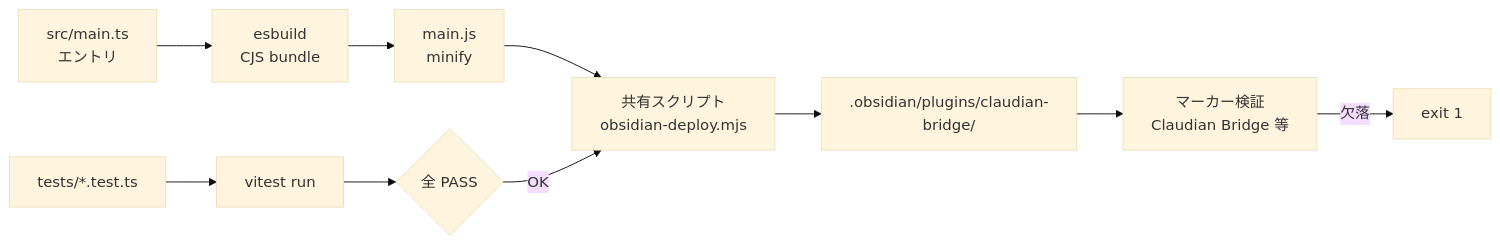
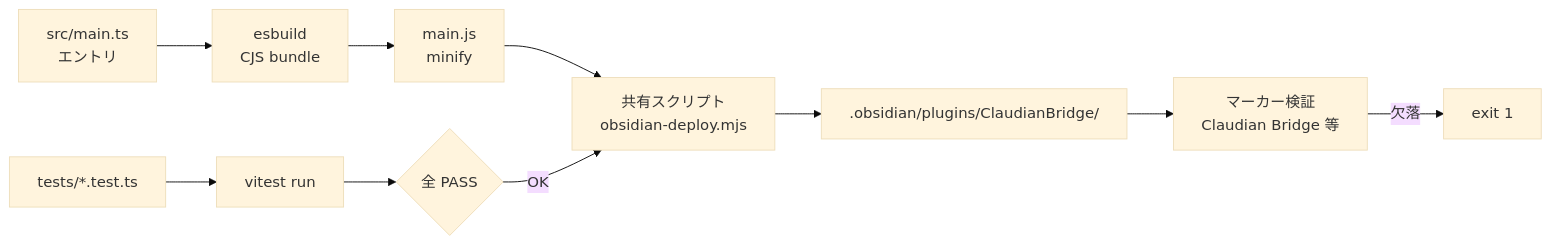
The diagram in 03_開発文書/06_ビルド設定.md (superlambkin/ClaudianBridge), drawn with Mermaid (base theme) before and after one commit. The commit also changed other lines of this file and 206 other files, not shown here.

````diff
--- a/03_開発文書/06_ビルド設定.md
+++ b/03_開発文書/06_ビルド設定.md
@@ -65,13 +69,13 @@
 ```mermaid
 graph LR
     A[src/main.ts<br/>エントリ] --> B[esbuild<br/>CJS bundle]
     B --> C[main.js<br/>minify]
     C --> D[共有スクリプト<br/>obsidian-deploy.mjs]
-    D --> E[.obsidian/plugins/claudian-bridge/]
+    D --> E[.obsidian/plugins/ClaudianBridge/]
     E --> F[マーカー検証<br/>Claudian Bridge 等]
     F -->|欠落| G[exit 1]
     
     H[tests/*.test.ts] --> I[vitest run]
     I --> J{全 PASS}
     J -->|OK| D
 ```
````
